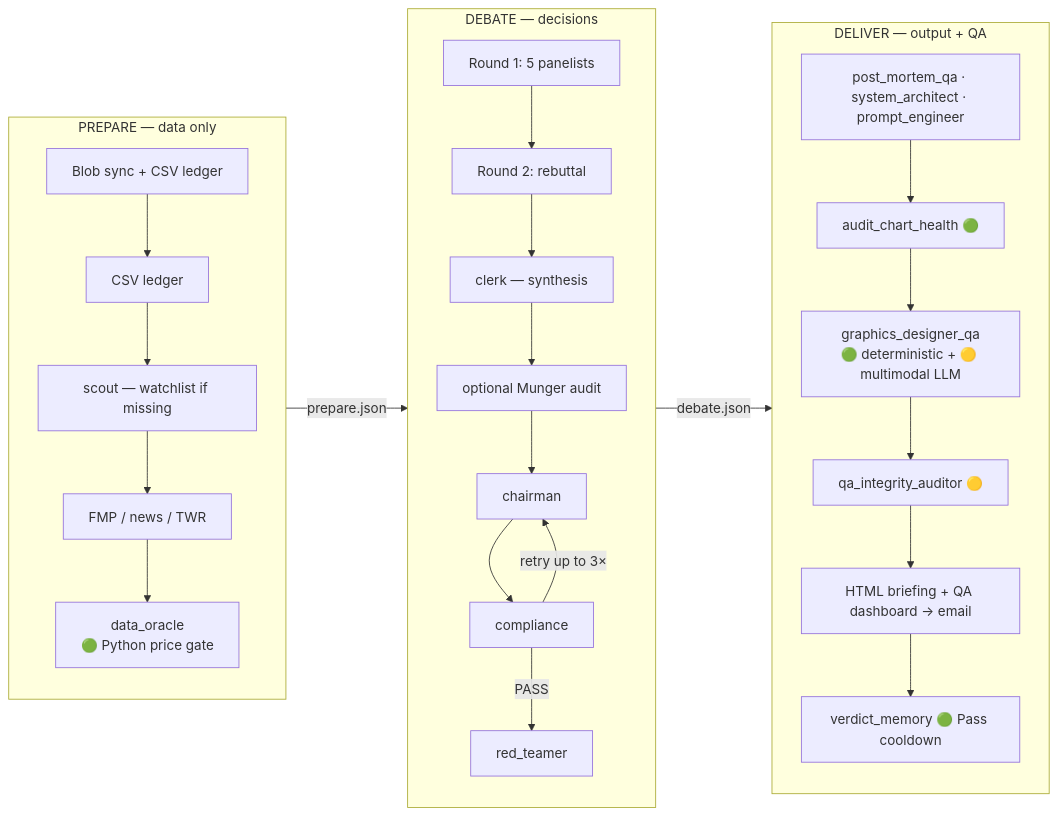
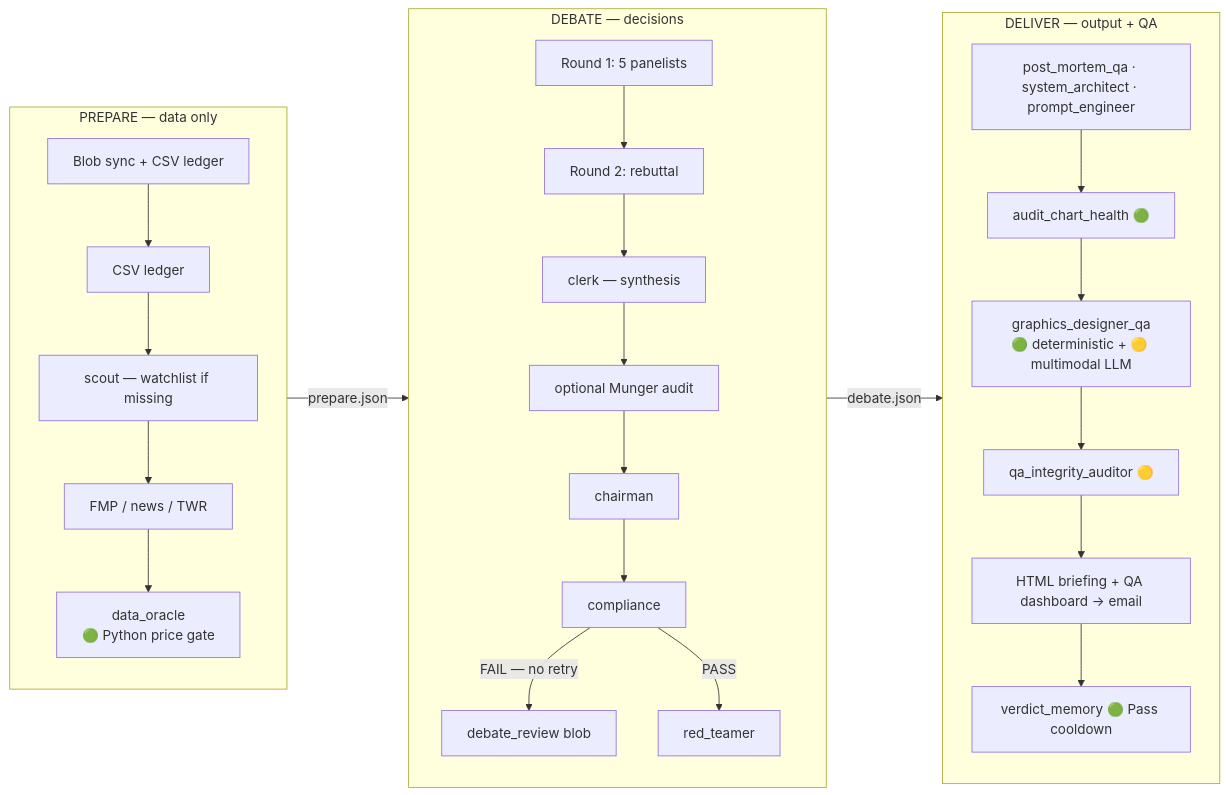
The second of 5 diagrams in docs/agent_architecture.md (stanchernov-ai/invest), drawn with Mermaid before and after one commit. The commit also changed other lines of this file and 11 other files, not shown here.

First line of the commit message:
Add product principles and fail-closed debate cleanup.

````diff
--- a/docs/agent_architecture.md
+++ b/docs/agent_architecture.md
@@ -119,44 +119,44 @@
 ```mermaid
 flowchart LR
     subgraph PREP["PREPARE — data only"]
         SYNC[Blob sync + CSV ledger]
         SCOUT[scout — watchlist if missing]
         FMP[FMP / news / TWR]
         ORACLE[data_oracle<br/>🟢 Python price gate]
         SYNC --> CSV[CSV ledger] --> SCOUT
         SCOUT --> FMP --> ORACLE
     end
 
     subgraph DEB["DEBATE — decisions"]
         direction TB
         P1[Round 1: 5 panelists]
         P2[Round 2: rebuttal]
         CLERK[clerk — synthesis]
         MUNGER[optional Munger audit]
         CHAIR[chairman]
         COMP[compliance]
         RED[red_teamer]
 
         P1 --> P2 --> CLERK
         CLERK --> MUNGER
         MUNGER --> CHAIR
         CHAIR --> COMP
-        COMP -->|retry up to 3×| CHAIR
+        COMP -->|FAIL — no retry| REVIEW[debate_review blob]
         COMP -->|PASS| RED
     end
 
     subgraph DEL["DELIVER — output + QA"]
         direction TB
         QA3[post_mortem_qa · system_architect · prompt_engineer]
         CHARTS[audit_chart_health 🟢]
         GFX[graphics_designer_qa<br/>🟢 deterministic + 🟡 multimodal LLM]
         INT[qa_integrity_auditor 🟡]
         EMAIL[HTML briefing + QA dashboard → email]
         MEM[verdict_memory 🟢 Pass cooldown]
 
         QA3 --> CHARTS --> GFX --> INT --> EMAIL --> MEM
     end
 
     PREP -->|prepare.json| DEB
     DEB -->|debate.json| DEL
 ```
````
